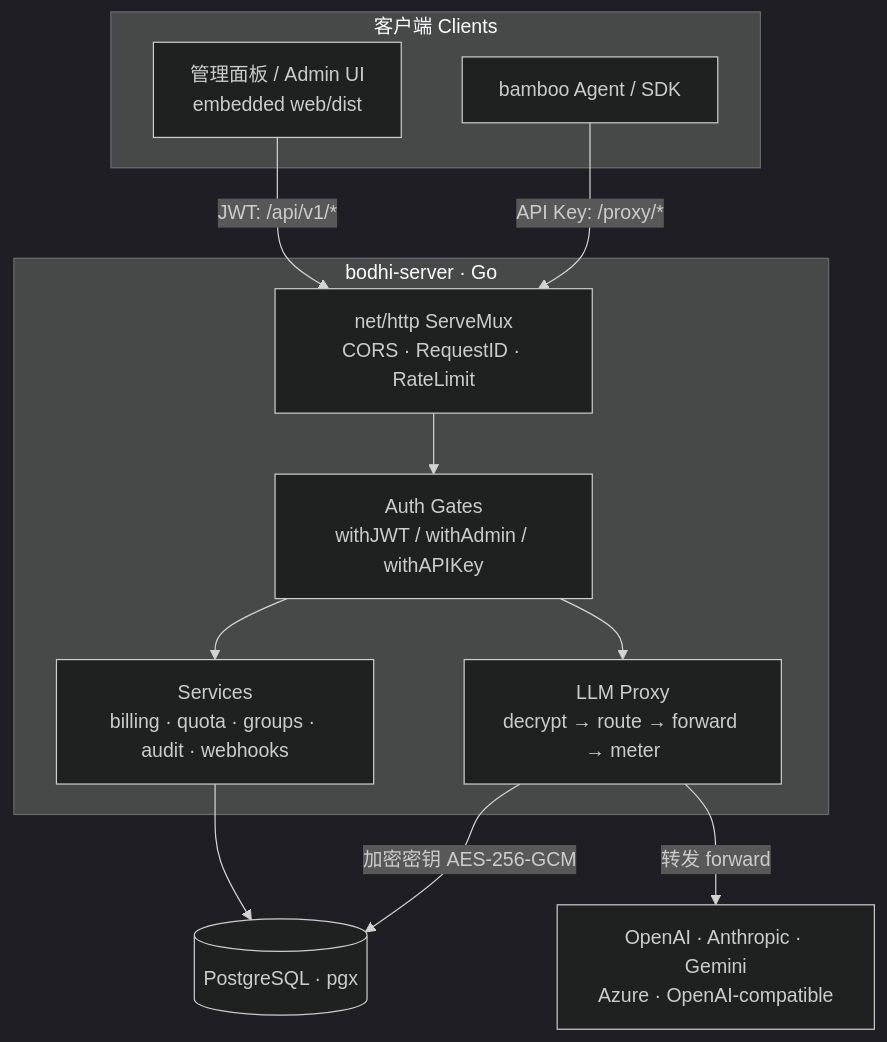
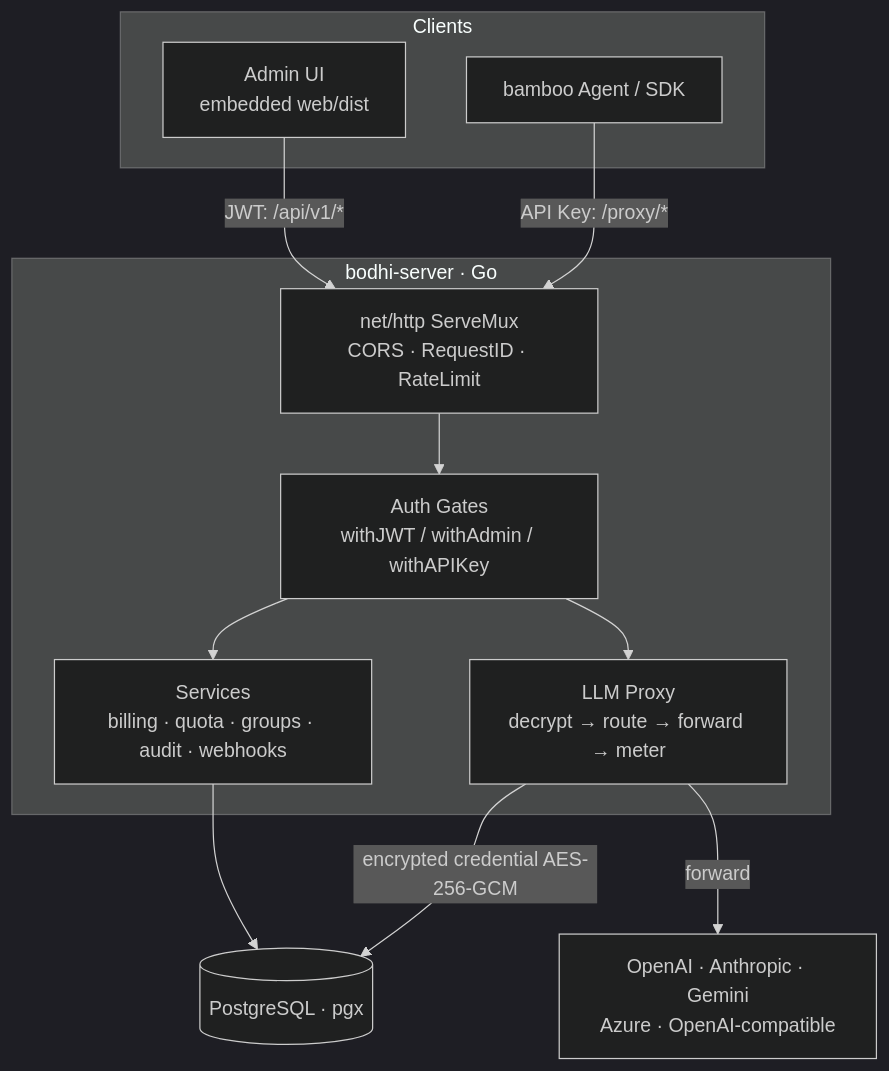
The diagram in README.md (bigduu/bodhi-server), drawn with Mermaid (dark theme) before and after one commit. The commit also changed other lines of this file and 1 other file, not shown here.

````diff
--- a/README.md
+++ b/README.md
@@ -40,23 +37,23 @@
 ```mermaid
 flowchart TD
-    subgraph clients[客户端 Clients]
-      UI[管理面板 / Admin UI<br/>embedded web/dist]
+    subgraph clients[Clients]
+      UI[Admin UI<br/>embedded web/dist]
       Agent[bamboo Agent / SDK]
     end
 
     UI -->|JWT: /api/v1/*| GW
     Agent -->|API Key: /proxy/*| GW
 
     subgraph bodhi[bodhi-server · Go]
       GW[net/http ServeMux<br/>CORS · RequestID · RateLimit]
       AUTH[Auth Gates<br/>withJWT / withAdmin / withAPIKey]
       PROXY[LLM Proxy<br/>decrypt → route → forward → meter]
       SVC[Services<br/>billing · quota · groups · audit · webhooks]
       GW --> AUTH --> SVC
       AUTH --> PROXY
     end
 
-    PROXY -->|加密密钥 AES-256-GCM| DB[(PostgreSQL · pgx)]
+    PROXY -->|encrypted credential AES-256-GCM| DB[(PostgreSQL · pgx)]
     SVC --> DB
-    PROXY -->|转发 forward| LLM[OpenAI · Anthropic · Gemini<br/>Azure · OpenAI-compatible]
+    PROXY -->|forward| LLM[OpenAI · Anthropic · Gemini<br/>Azure · OpenAI-compatible]
 ```
````
